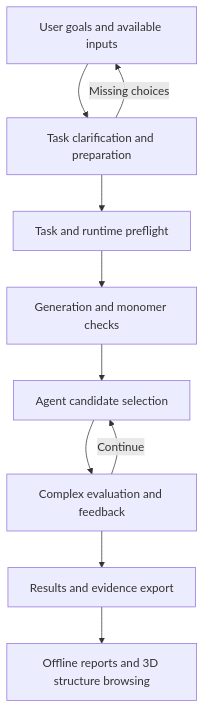
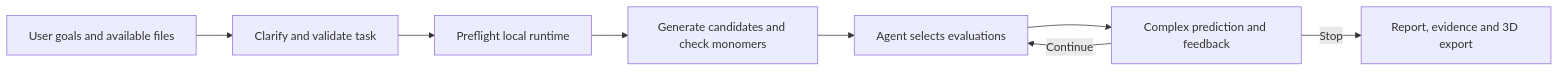
One commit to ziiroo1126/Agentic-Loop-for-Protein-Design changed the diagram in README.md. Above: the diagram before and after it, drawn with Mermaid. The commit also changed other lines of this file and 135 other files, not shown here.

````diff
--- a/README.md
+++ b/README.md
@@ -22,12 +60,10 @@
 ```mermaid
-flowchart TD
-    A[User goals and available inputs] --> B[Task clarification and preparation]
-    B -->|Missing choices| A
-    B --> C[Task and runtime preflight]
-    C --> D[Generation and monomer checks]
-    D --> E[Agent candidate selection]
-    E --> F[Complex evaluation and feedback]
+flowchart LR
+    A[User goals and available files] --> B[Clarify and validate task]
+    B --> C[Preflight local runtime]
+    C --> D[Generate candidates and check monomers]
+    D --> E[Agent selects evaluations]
+    E --> F[Complex prediction and feedback]
     F -->|Continue| E
-    F --> G[Results and evidence export]
-    G --> H[Offline reports and 3D structure browsing]
+    F -->|Stop| G[Report, evidence and 3D export]
 ```
````
